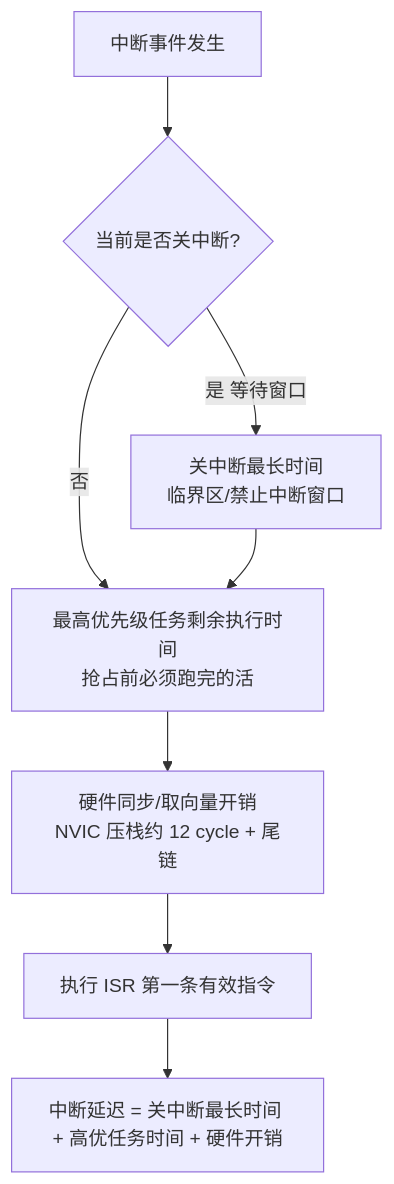
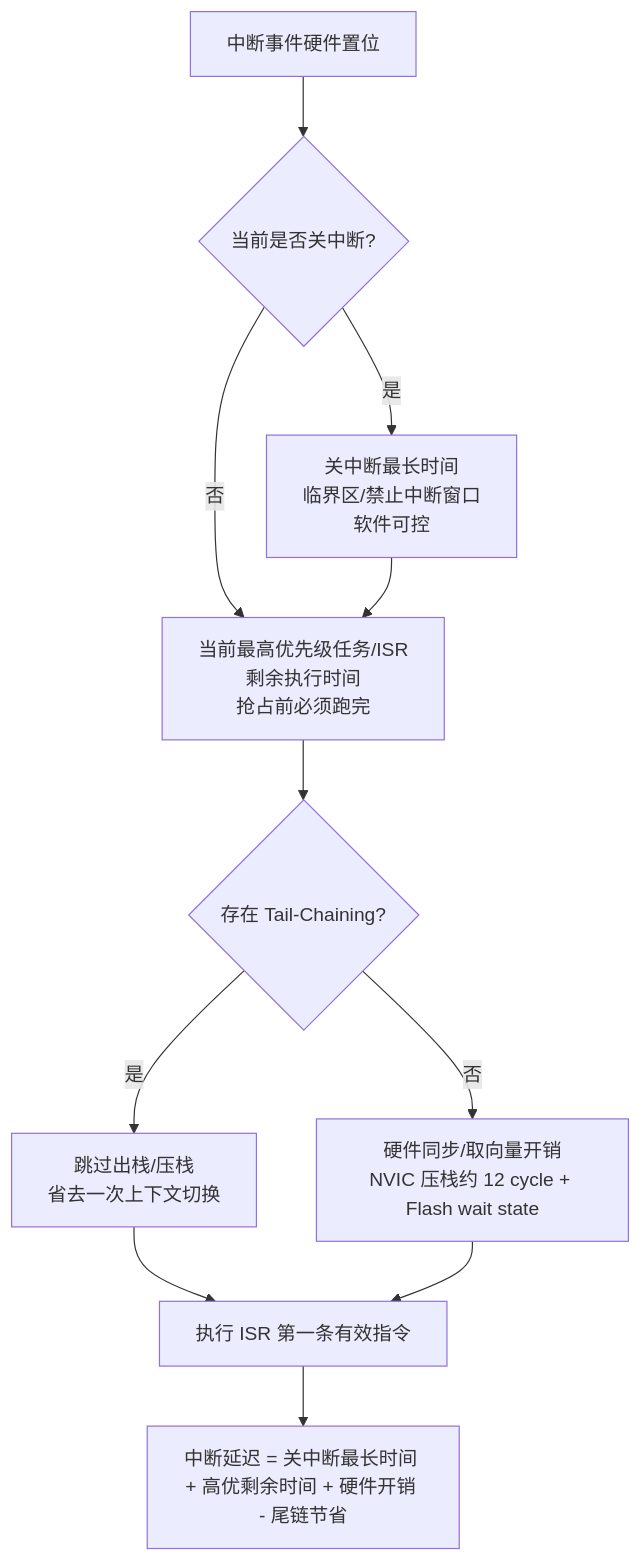
One commit to 1208826038/embedded-skill-notes changed the second of 14 diagrams in articles/17-realtime-timing.md. Above: the diagram before and after it, drawn with Mermaid. The commit also changed other lines of this file, not shown here.

````diff
--- a/articles/17-realtime-timing.md
+++ b/articles/17-realtime-timing.md
@@ -24,10 +154,13 @@
 ```mermaid
 graph TD
-    E[中断事件发生] --> F{当前是否关中断?}
-    F -->|是 等待窗口| W[关中断最长时间<br/>临界区/禁止中断窗口]
-    F -->|否| N[最高优先级任务剩余执行时间<br/>抢占前必须跑完的活]
+    E[中断事件硬件置位] --> F{当前是否关中断?}
+    F -->|是| W[关中断最长时间<br/>临界区/禁止中断窗口<br/>软件可控]
+    F -->|否| N[当前最高优先级任务/ISR<br/>剩余执行时间<br/>抢占前必须跑完]
     W --> N
-    N --> H[硬件同步/取向量开销<br/>NVIC 压栈约 12 cycle + 尾链]
-    H --> I[执行 ISR 第一条有效指令]
-    I --> T[中断延迟 = 关中断最长时间 + 高优任务时间 + 硬件开销]
+    N --> L{存在 Tail-Chaining?}
+    L -->|是| H2[跳过出栈/压栈<br/>省去一次上下文切换]
+    L -->|否| H[硬件同步/取向量开销<br/>NVIC 压栈约 12 cycle + Flash wait state]
+    H2 --> I[执行 ISR 第一条有效指令]
+    H --> I
+    I --> T[中断延迟 = 关中断最长时间 + 高优剩余时间 + 硬件开销 - 尾链节省]
 ```
````
